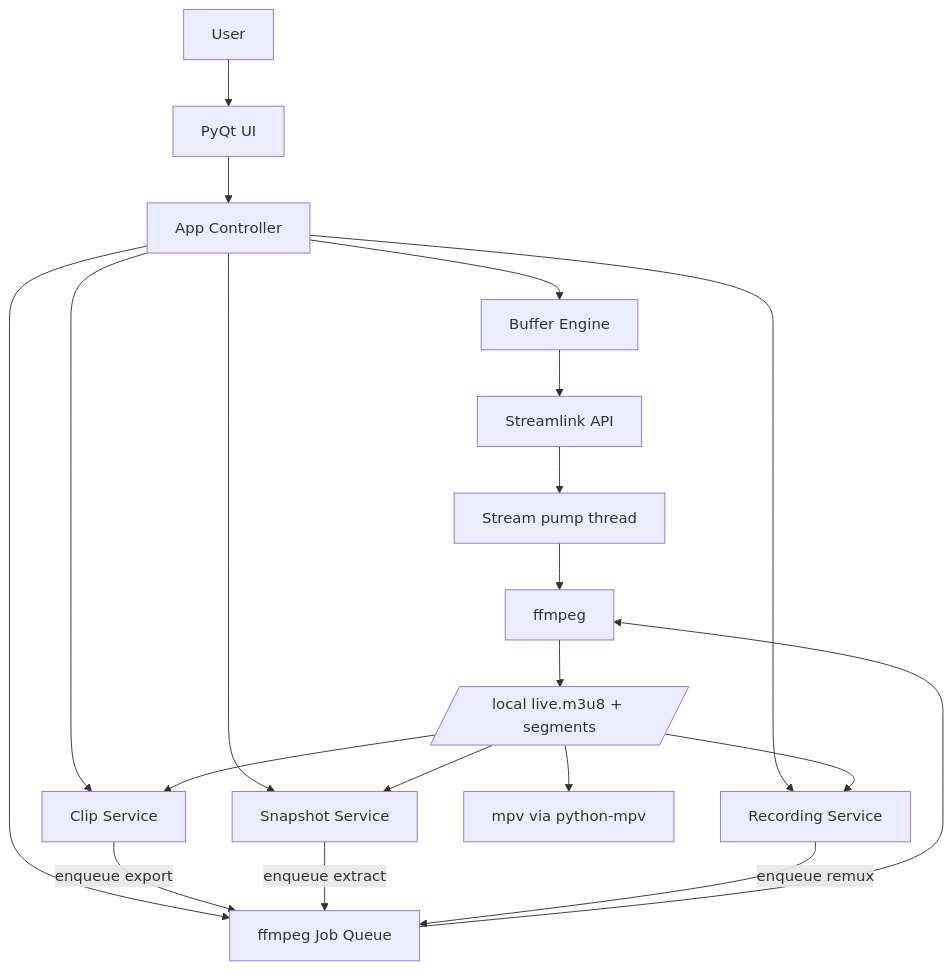
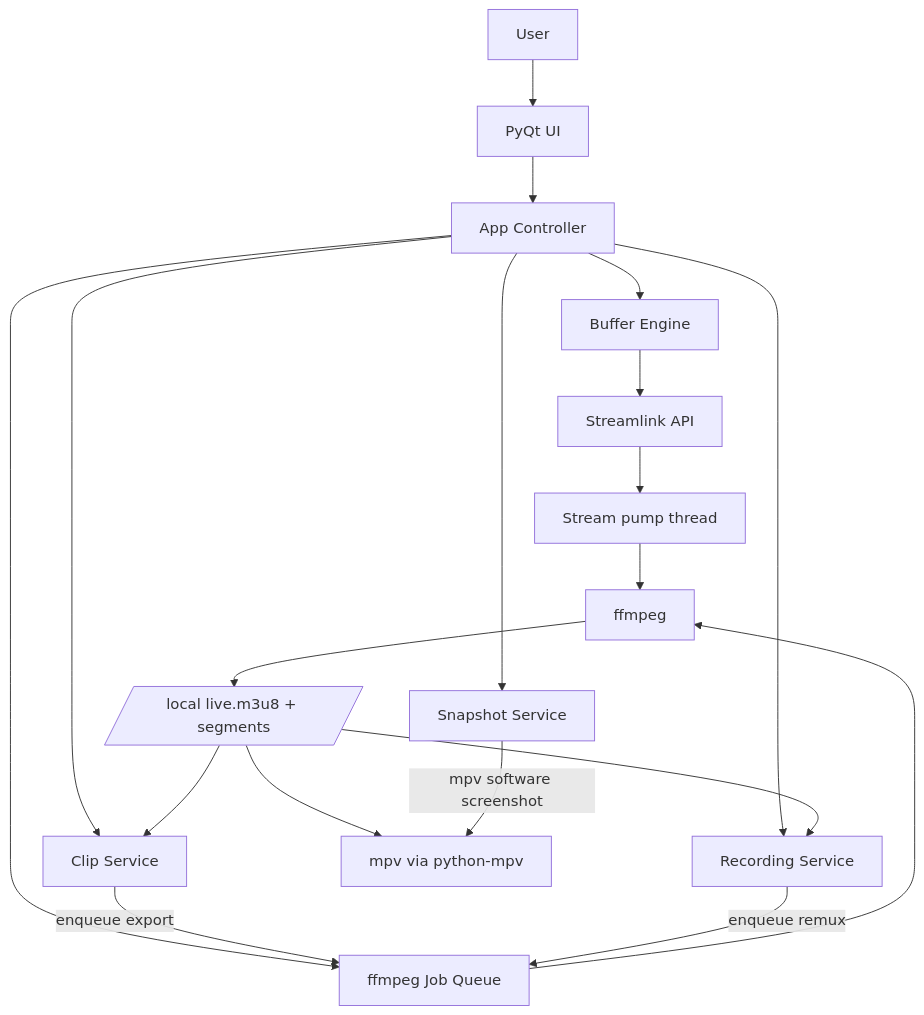
Before and after one commit to tarzasai/clippiti: the first of 2 diagrams in doc/architecture-overview.md, drawn with Mermaid. The commit also changed other lines of this file and 23 other files, not shown here.

````diff
--- a/doc/architecture-overview.md
+++ b/doc/architecture-overview.md
@@ -8,25 +8,24 @@
 ```mermaid
 flowchart TD
     U[User] --> UI[PyQt UI]
     UI --> APP[App Controller]
     APP --> BE[Buffer Engine]
     APP --> CLIP[Clip Service]
     APP --> SNAP[Snapshot Service]
     APP --> REC[Recording Service]
     APP --> RQ[ffmpeg Job Queue]
 
     BE --> SL[Streamlink API]
     SL --> PUMP[Stream pump thread]
     PUMP --> FF[ffmpeg]
     FF --> HLS[/local live.m3u8 + segments/]
     HLS --> MPV[mpv via python-mpv]
 
     HLS --> CLIP
-    HLS --> SNAP
     HLS --> REC
+    SNAP -->|mpv software screenshot| MPV
 
     CLIP -->|enqueue export| RQ
-    SNAP -->|enqueue extract| RQ
     REC -->|enqueue remux| RQ
     RQ --> FF
 ```
````
